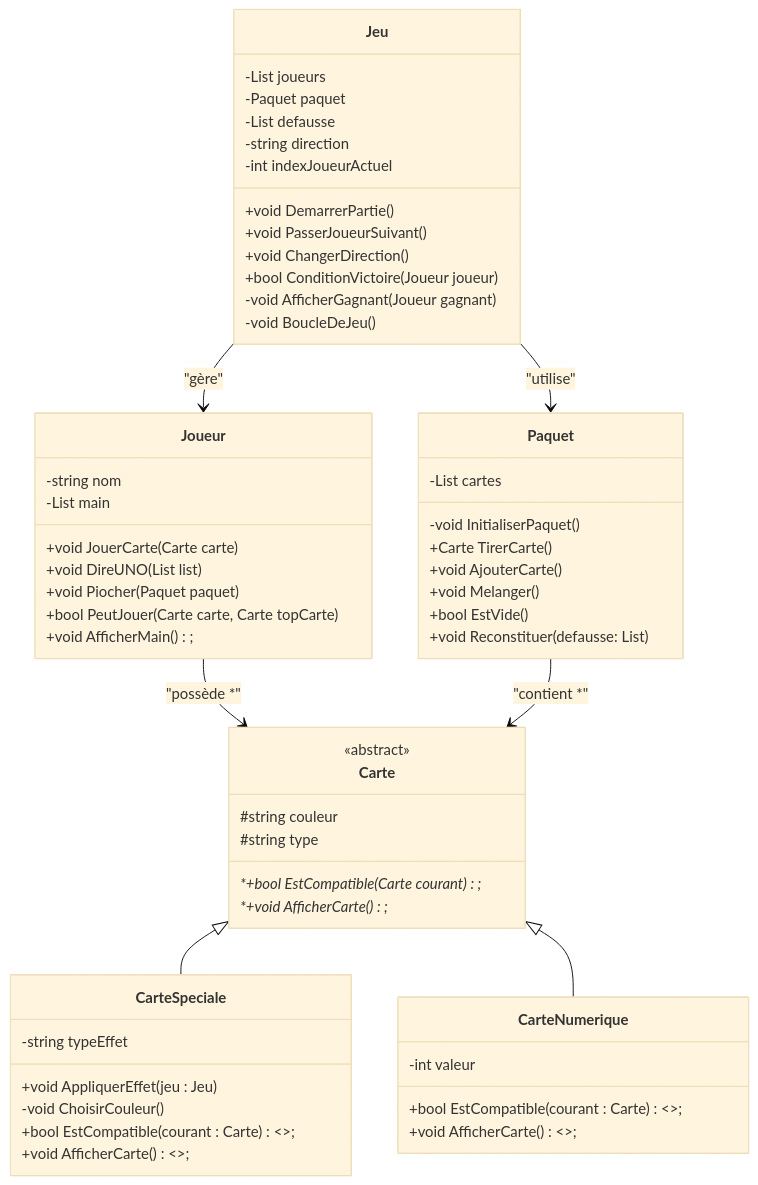
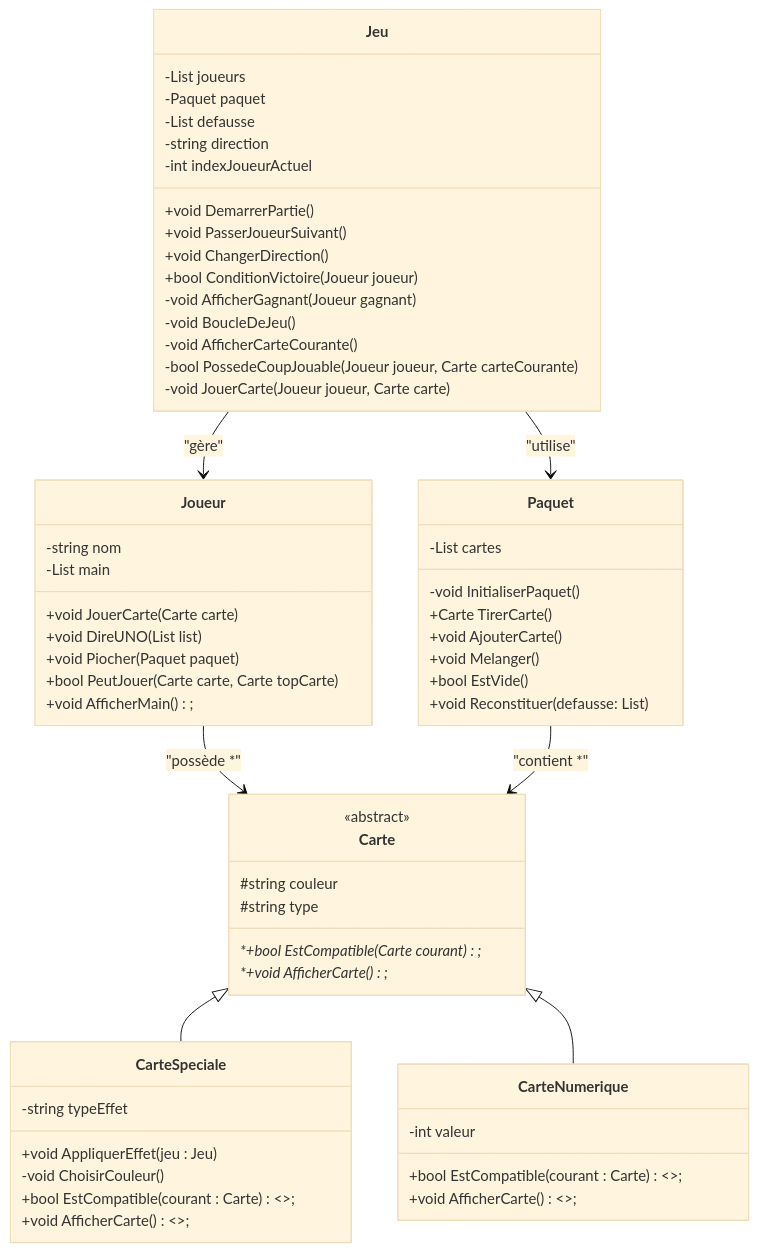
Before and after one commit to Lil-Code30/uno-game: the diagram in README.md, drawn with Mermaid (base theme). The commit also changed 2 other files, not shown here.

Commit message:
Implémente la boucle de jeu et gestion des tours UNO
Ajoute la méthode BoucleDeJeu pour gérer le déroulement complet d'une partie de UNO, y compris la gestion des tours, la vérification des coups jouables, la pioche, la détection de la victoire et l'affichage du gagnant. Ajoute également les méthodes AfficherCarteCourante, PossedeCoupJouable et JouerCarte pour améliorer la lisibilité et la structure du code. Correction de quelques espaces et messages pour une meilleure expérience utilisateur. Mise à jour du README pour refléter les nouvelles méthodes dans la classe Jeu.

````diff
--- a/README.md
+++ b/README.md
@@ -26,71 +26,74 @@
 ```mermaid
 classDiagram
     class Jeu {
         -List<Joueur> joueurs
         -Paquet paquet
         -List<Carte> defausse
         -string direction
         -int indexJoueurActuel
 
         +void DemarrerPartie() 
         +void PasserJoueurSuivant()
         +void ChangerDirection()
         +bool ConditionVictoire(Joueur joueur)
         -void AfficherGagnant(Joueur gagnant)
         -void BoucleDeJeu()
+        -void AfficherCarteCourante()
+        -bool PossedeCoupJouable(Joueur joueur, Carte carteCourante)
+        -void JouerCarte(Joueur joueur, Carte carte)
     }
 
     class Joueur {
         -string nom 
         -List<Carte> main 
 
         +void JouerCarte(Carte carte) 
         +void DireUNO(List<Carte> list)
         +void Piocher(Paquet paquet) 
         +bool PeutJouer(Carte carte, Carte topCarte) 
         +void AfficherMain();
     }
 
     class Paquet {
         -List<Carte> cartes
 
         -void InitialiserPaquet()
         +Carte TirerCarte()
         +void AjouterCarte()
         +void Melanger()
         +bool EstVide()
         +void Reconstituer(defausse: List<Carte>)
     }
 
     class Carte {
         <<abstract>>
         #string couleur 
         #string type 
 
         *+bool EstCompatible(Carte courant )*;
         *+void AfficherCarte()*;
     }
 
     class CarteSpeciale {
         -string typeEffet
 
         +void AppliquerEffet(jeu : Jeu)
         -void ChoisirCouleur()
         +bool EstCompatible(courant : Carte) <<override>>;
         +void AfficherCarte() <<override>>;
     }
 
     class CarteNumerique {
         -int valeur
 
         +bool EstCompatible(courant : Carte) <<override>>;
         +void AfficherCarte() <<override>>;
     }
 
     Jeu --> Joueur : "gère"
     Jeu --> Paquet : "utilise"
     Joueur --> Carte : "possède *"
     Paquet --> Carte : "contient *"
     Carte <|-- CarteSpeciale
     Carte <|-- CarteNumerique
 ```
````
